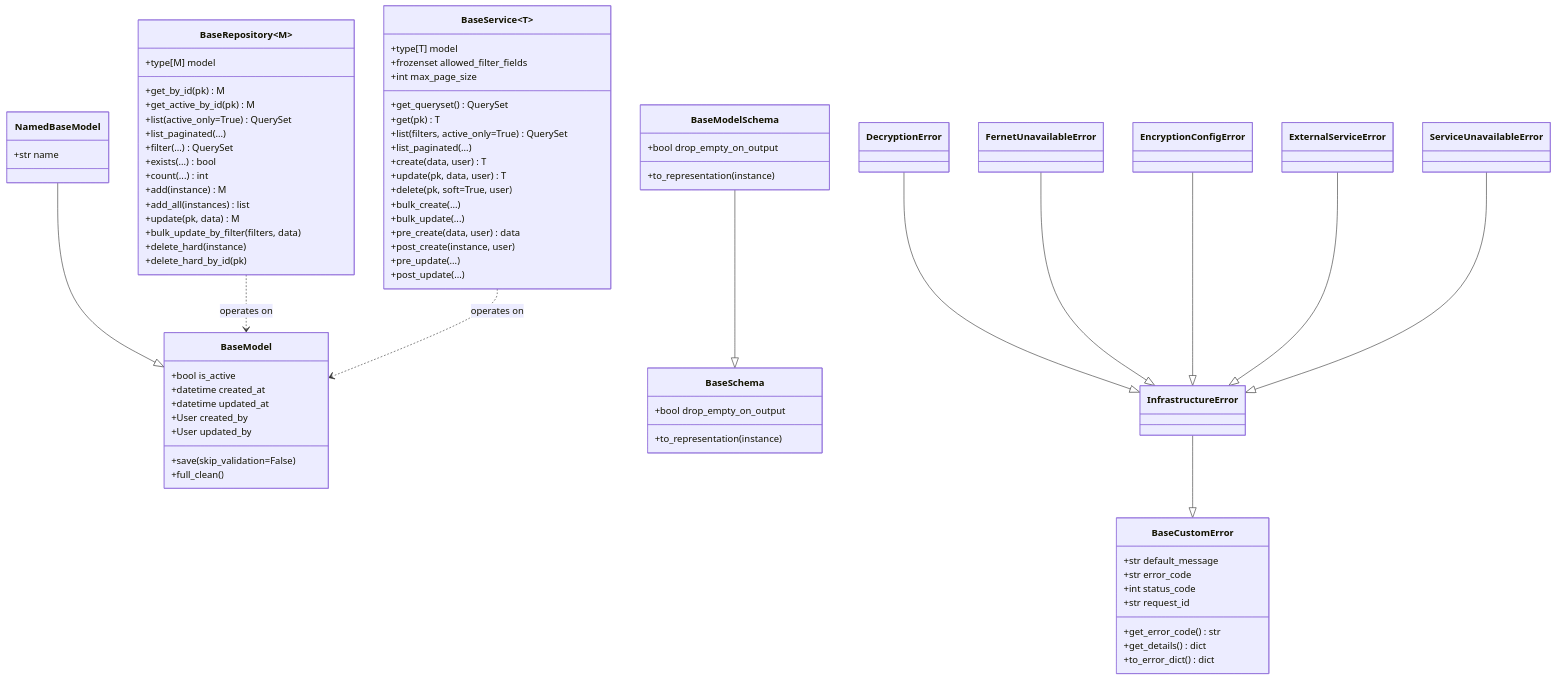
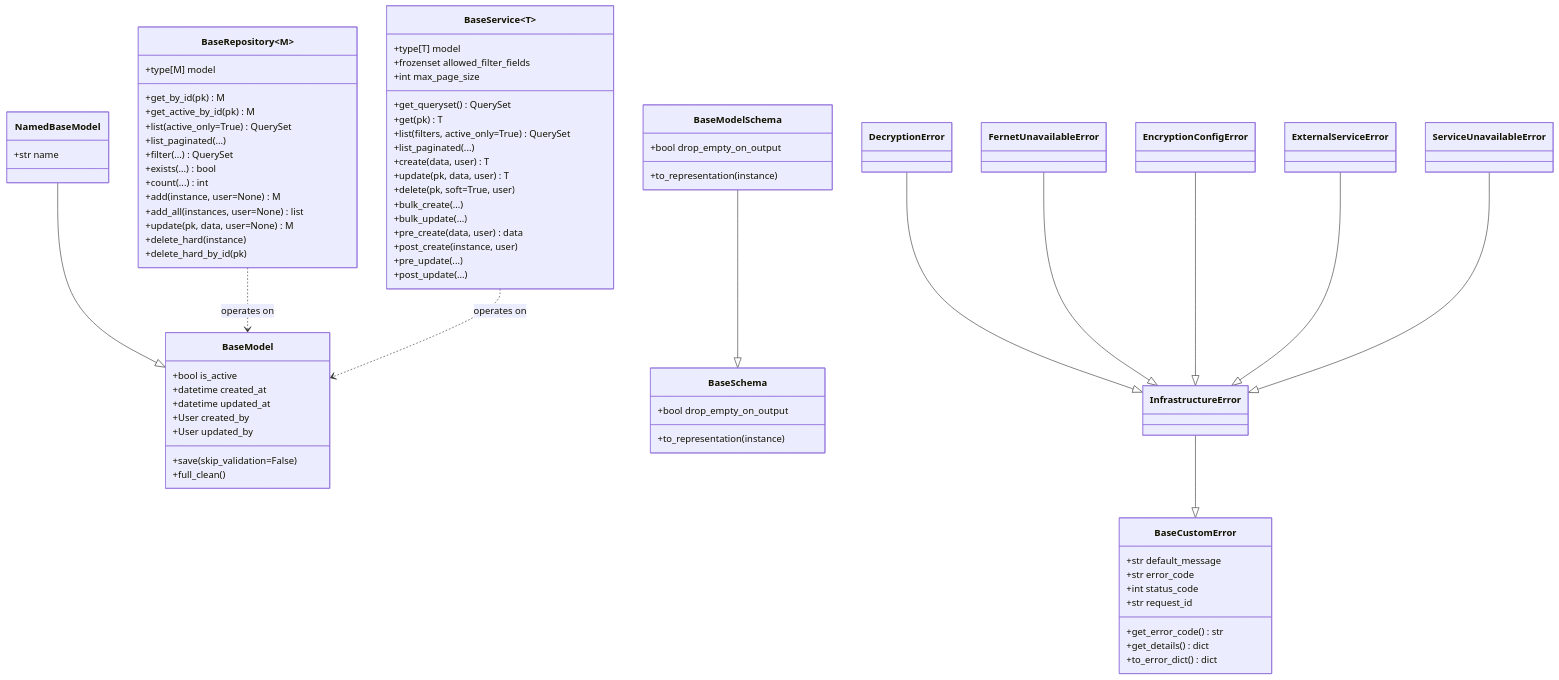
One commit to prajwalmahajan101/django_boilerplate changed the first of 3 diagrams in docs/class-diagrams.md. Above: the diagram before and after it, drawn with Mermaid. The commit also changed 2 other files, not shown here.

Commit message:
docs: drop stale bulk_update_by_filter, codify api_log redaction guarantee
class-diagrams.md still advertised BaseRepository.bulk_update_by_filter
after it was removed in f25ecee. Drop the line, and surface the new
user= kwargs on add / add_all / update that landed in 1c70f26.

audit-trail.md's Sanitization section described header/PII redaction
but did not codify the persisted-body guarantee added in bb7ea5b.
Expand the section to spell out which sites are covered (inbound
request/response, outbound via HttpResponse.request, multipart
scalars), what pattern is matched (LOG_SANITIZATION config), and the
exact code path (sanitize_for_log inside serialize_body).

scripts/stale_refs.yaml gets a new pattern for bulk_update_by_filter
so any future re-reference in docs / CLAUDE files fails at pre-commit
with a hint pointing at the manager escape hatch.

Closes ISSUE-041.

````diff
--- a/docs/class-diagrams.md
+++ b/docs/class-diagrams.md
@@ -8,77 +8,76 @@
 ```mermaid
 classDiagram
     class BaseModel {
         +bool is_active
         +datetime created_at
         +datetime updated_at
         +User created_by
         +User updated_by
         +save(skip_validation=False)
         +full_clean()
     }
     class NamedBaseModel {
         +str name
     }
     class BaseService~T~ {
         +type[T] model
         +frozenset allowed_filter_fields
         +int max_page_size
         +get_queryset() QuerySet
         +get(pk) T
         +list(filters, active_only=True) QuerySet
         +list_paginated(...)
         +create(data, user) T
         +update(pk, data, user) T
         +delete(pk, soft=True, user)
         +bulk_create(...)
         +bulk_update(...)
         +pre_create(data, user) data
         +post_create(instance, user)
         +pre_update(...)
         +post_update(...)
     }
     class BaseRepository~M~ {
         +type[M] model
         +get_by_id(pk) M
         +get_active_by_id(pk) M
         +list(active_only=True) QuerySet
         +list_paginated(...)
         +filter(...) QuerySet
         +exists(...) bool
         +count(...) int
-        +add(instance) M
-        +add_all(instances) list
-        +update(pk, data) M
-        +bulk_update_by_filter(filters, data)
+        +add(instance, user=None) M
+        +add_all(instances, user=None) list
+        +update(pk, data, user=None) M
         +delete_hard(instance)
         +delete_hard_by_id(pk)
     }
     class BaseSchema {
         +bool drop_empty_on_output
         +to_representation(instance)
     }
     class BaseModelSchema {
         +bool drop_empty_on_output
         +to_representation(instance)
     }
     class BaseCustomError {
         +str default_message
         +str error_code
         +int status_code
         +str request_id
         +get_error_code() str
         +get_details() dict
         +to_error_dict() dict
     }
 
     NamedBaseModel --|> BaseModel
     BaseRepository~M~ ..> BaseModel : operates on
     BaseService~T~ ..> BaseModel : operates on
     BaseModelSchema --|> BaseSchema
     InfrastructureError --|> BaseCustomError
     DecryptionError --|> InfrastructureError
     FernetUnavailableError --|> InfrastructureError
     EncryptionConfigError --|> InfrastructureError
     ExternalServiceError --|> InfrastructureError
     ServiceUnavailableError --|> InfrastructureError
 ```
````
